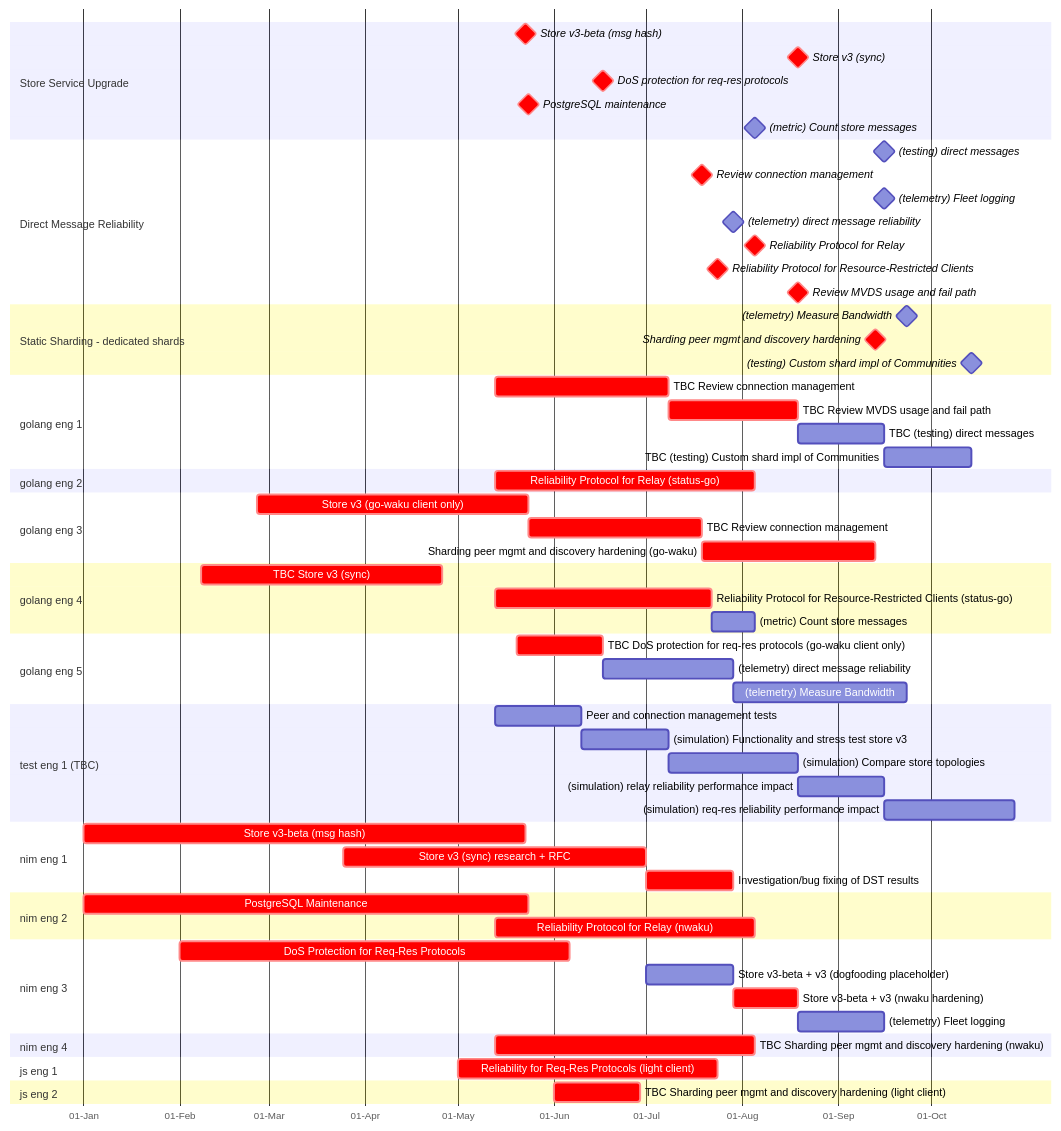
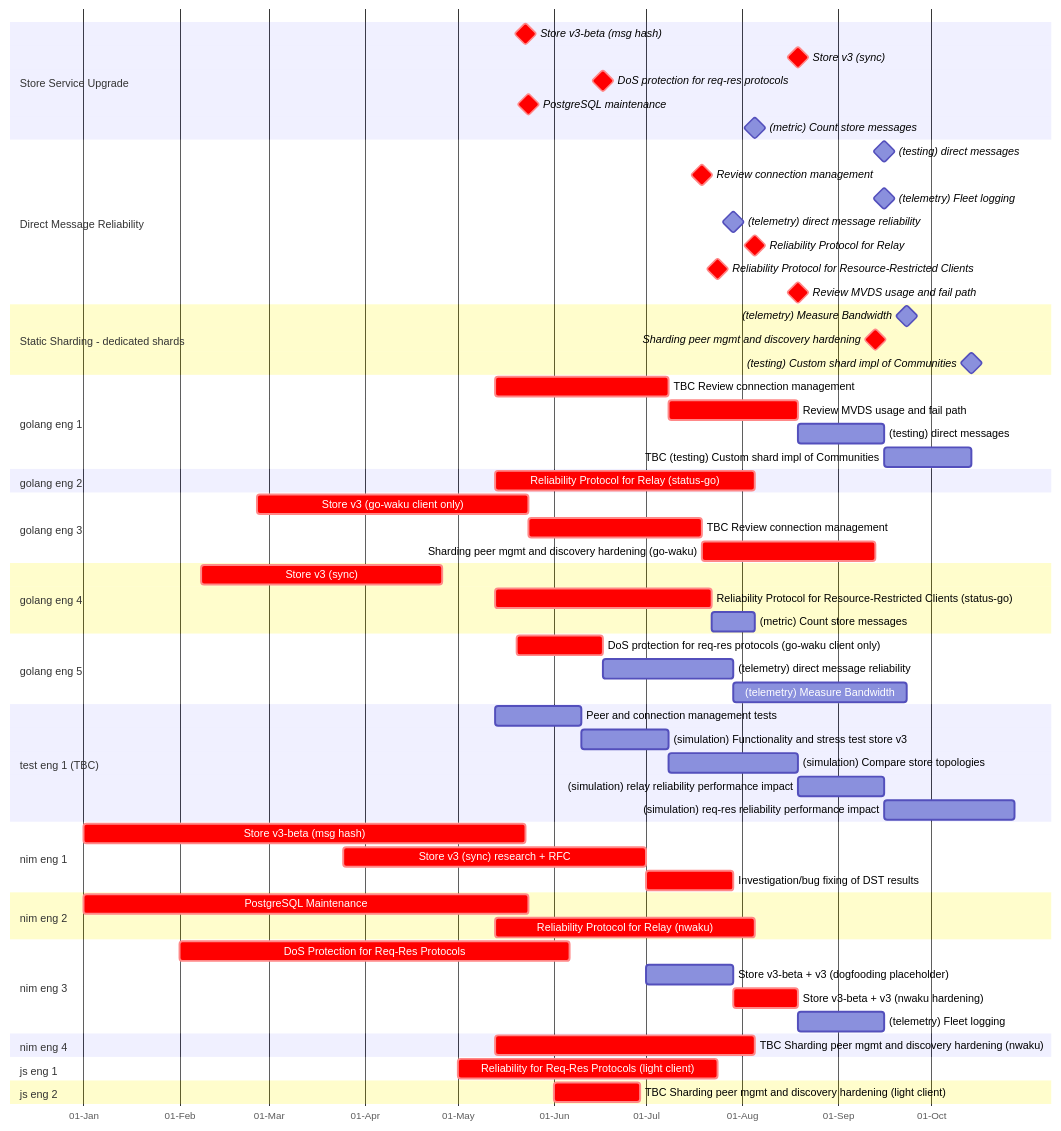
The diagram in content/waku/2024-gantt.md (logos-co/roadmap), drawn with Mermaid before and after one commit.

Commit message:
Confirm estimates

```diff
--- a/content/waku/2024-gantt.md
+++ b/content/waku/2024-gantt.md
@@ -44,11 +44,8 @@
     section golang eng 1
         %% Estimation TBC - Prem says fine, waiting on 2nd opinion
         TBC Review connection management: crit, review-conn-mgmt-1, 2024-05-13, 8w
-        %% Estimation TBC - Prem says fine, waiting on 2nd opinion
-        TBC Review MVDS usage and fail path: crit, mvds, after review-conn-mgmt-1, 6w
-        %% Estimate/start TBC
-        TBC (testing) direct messages: test-direct-msg, after mvds, 4w
-        %% Estimate TBC
+        Review MVDS usage and fail path: crit, mvds, after review-conn-mgmt-1, 6w
+        (testing) direct messages: test-direct-msg, after mvds, 4w
         TBC (testing) Custom shard impl of Communities: test-custom-shard, after test-direct-msg, 4w 
     section golang eng 2
         Reliability Protocol for Relay (status-go): crit, rel-relay-g, 2024-05-13, 12w
@@ -58,13 +55,11 @@
         TBC Review connection management: crit, review-conn-mgmt-2, after storev3-g, 8w
         Sharding peer mgmt and discovery hardening (go-waku): crit, sh-peer-mgmt-g, after review-conn-mgmt-2, 8w
     section golang eng 4
-        %% Review if actually needed
-        TBC Store v3 (sync): crit, 2024-02-08, 2024-04-26
+        Store v3 (sync): crit, 2024-02-08, 2024-04-26
         Reliability Protocol for Resource-Restricted Clients (status-go): crit, rel-reqres-g, 2024-05-13, 10w
         (metric) Count store messages: count-store-msg, after rel-reqres-g, 2w
     section golang eng 5
-        %% Estimate TBD - Prem says fine, waiting on 2nd opinion
-        TBC DoS protection for req-res protocols (go-waku client only): crit, dosreqresg, 2024-05-20, 4w
+        DoS protection for req-res protocols (go-waku client only): crit, dosreqresg, 2024-05-20, 4w
         (telemetry) direct message reliability: telem-d-msg-rel, 2024-06-17, 6w
         (telemetry) Measure Bandwidth: telem-bandwidth, after telem-d-msg-rel, 8w
     section test eng 1 (TBC)
```
